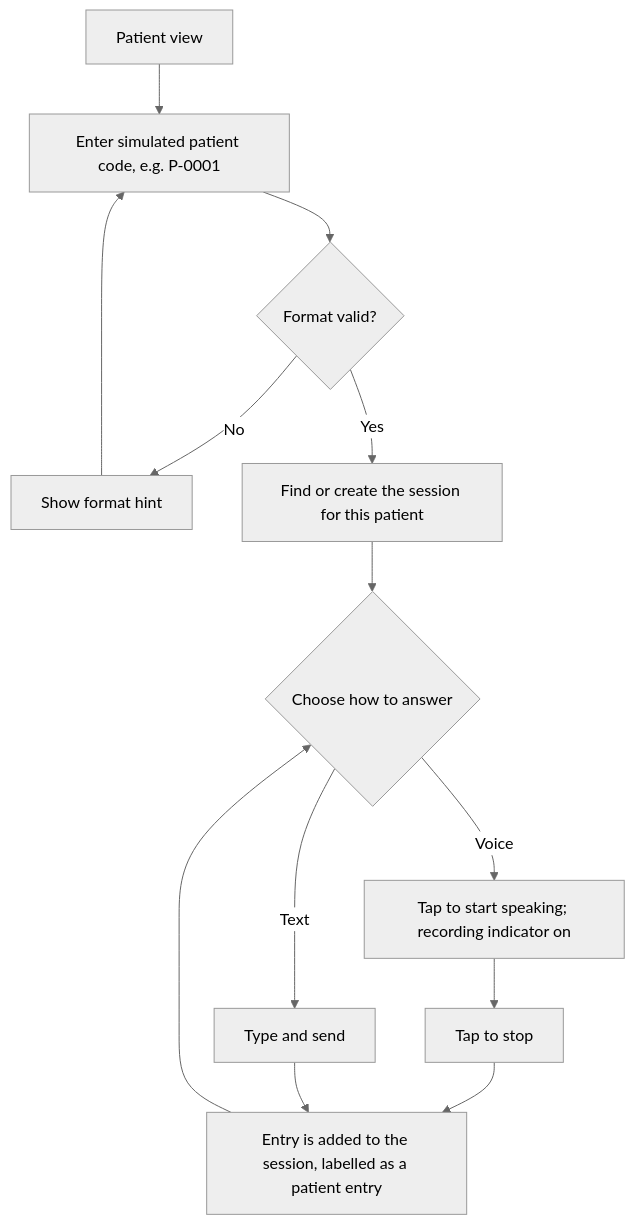
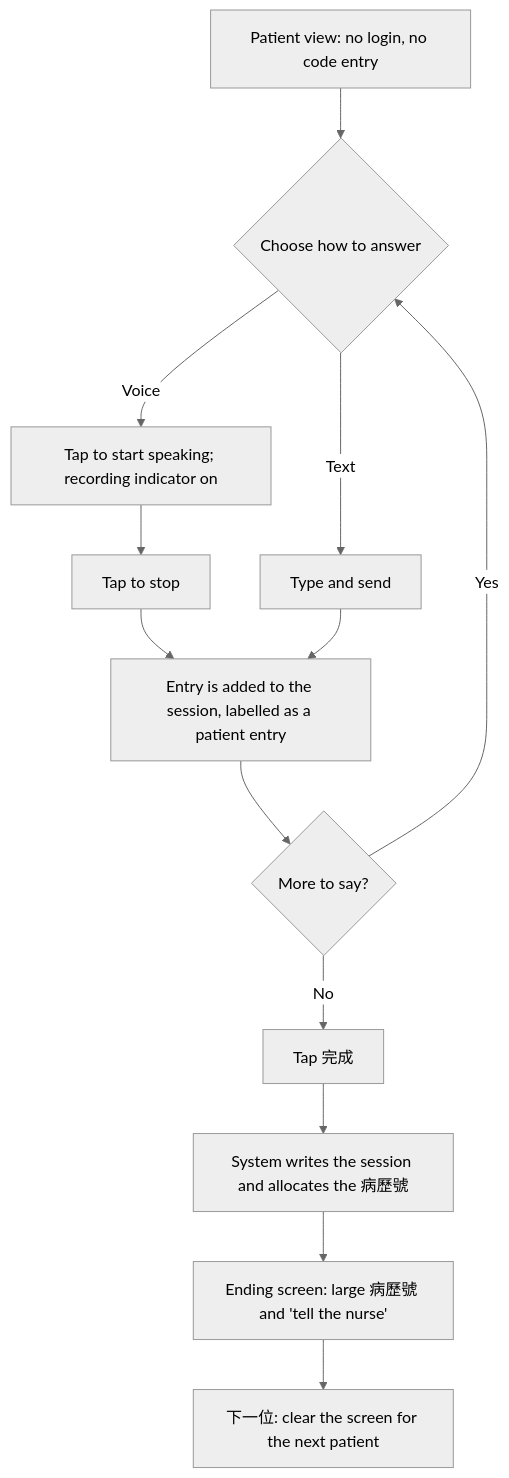
One commit to hwupu/115A-535527-AIDLC-Final changed the second of 6 diagrams in docs/frontend/USER_FLOW.md. Above: the diagram before and after it, drawn with Mermaid (neutral theme). The commit also changed other lines of this file and 7 other files, not shown here.

First line of the commit message:
feat: replace patient code entry with system-assigned 病歷號 ending screen (#20)

````diff
--- a/docs/frontend/USER_FLOW.md
+++ b/docs/frontend/USER_FLOW.md
@@ -26,15 +26,15 @@
 ```mermaid
 flowchart TD
-    P[Patient view] --> ID[Enter simulated patient code, e.g. P-0001]
-    ID --> V{Format valid?}
-    V -->|No| E[Show format hint]
-    E --> ID
-    V -->|Yes| S[Find or create the session for this patient]
-    S --> CH{Choose how to answer}
+    P[Patient view: no login, no code entry] --> CH{Choose how to answer}
     CH -->|Voice| R[Tap to start speaking; recording indicator on]
     R --> ST[Tap to stop]
     CH -->|Text| T[Type and send]
     ST --> SENT[Entry is added to the session, labelled as a patient entry]
     T --> SENT
-    SENT --> CH
+    SENT --> MORE{More to say?}
+    MORE -->|Yes| CH
+    MORE -->|No| FIN[Tap 完成]
+    FIN --> W[System writes the session and allocates the 病歷號]
+    W --> END[Ending screen: large 病歷號 and 'tell the nurse']
+    END --> NEXT[下一位: clear the screen for the next patient]
 ```
````
